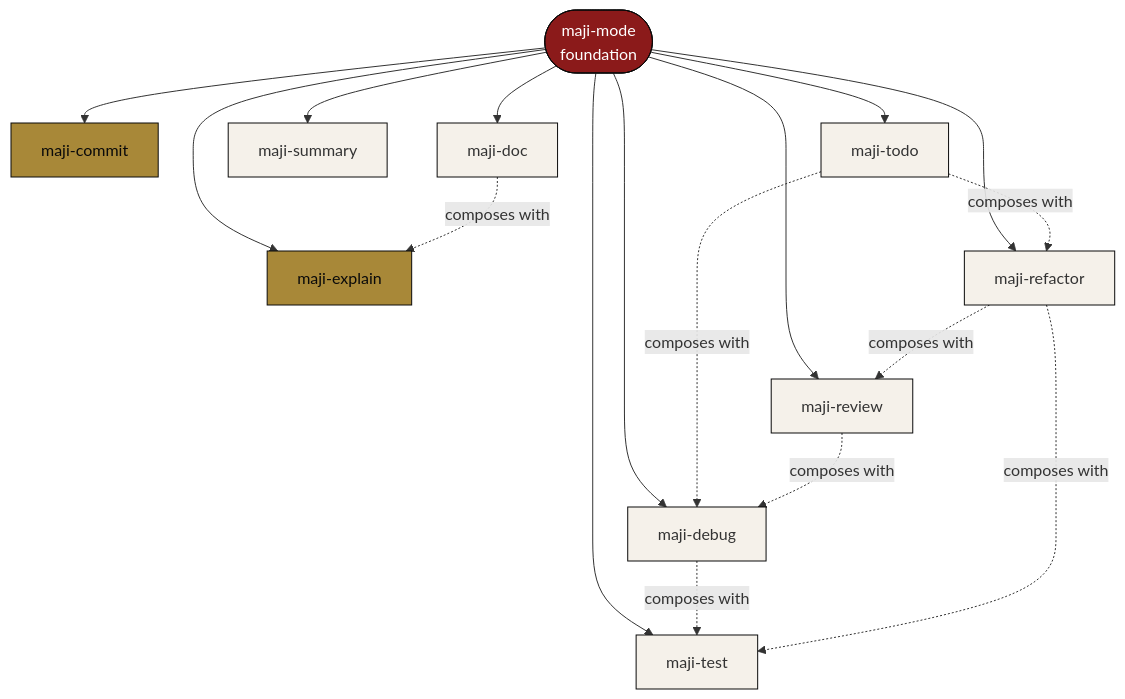
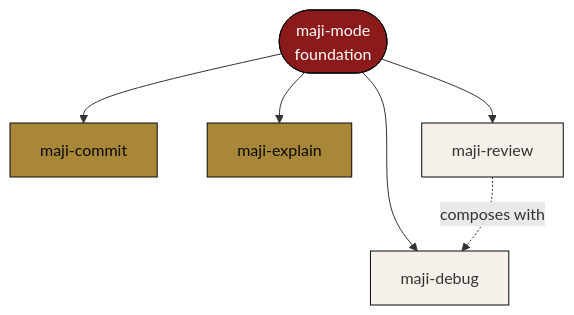
One commit to Ijam18/MAJI-Skills changed the second of 6 diagrams in README.md. Above: the diagram before and after it, drawn with Mermaid. The commit also changed other lines of this file and 6 other files, not shown here.

````diff
--- a/README.md
+++ b/README.md
@@ -114,33 +105,15 @@
 ```mermaid
 flowchart TD
     M([maji-mode<br/>foundation])
-
     M --> C[maji-commit]
     M --> E[maji-explain]
+    M --> D[maji-debug]
     M --> R[maji-review]
-    M --> D[maji-debug]
-    M --> T[maji-test]
-    M --> Rf[maji-refactor]
-    M --> Do[maji-doc]
-    M --> S[maji-summary]
-    M --> To[maji-todo]
-
-    D -.composes with.-> T
-    Rf -.composes with.-> T
-    Rf -.composes with.-> R
-    Do -.composes with.-> E
-    To -.composes with.-> D
-    To -.composes with.-> Rf
     R -.composes with.-> D
 
     style M fill:#8B1A1A,stroke:#0A0A0A,color:#FFFFFF
     style C fill:#A88838,stroke:#0A0A0A,color:#0A0A0A
     style E fill:#A88838,stroke:#0A0A0A,color:#0A0A0A
     style R fill:#F5F1EA,stroke:#0A0A0A
     style D fill:#F5F1EA,stroke:#0A0A0A
-    style T fill:#F5F1EA,stroke:#0A0A0A
-    style Rf fill:#F5F1EA,stroke:#0A0A0A
-    style Do fill:#F5F1EA,stroke:#0A0A0A
-    style S fill:#F5F1EA,stroke:#0A0A0A
-    style To fill:#F5F1EA,stroke:#0A0A0A
 ```
````
